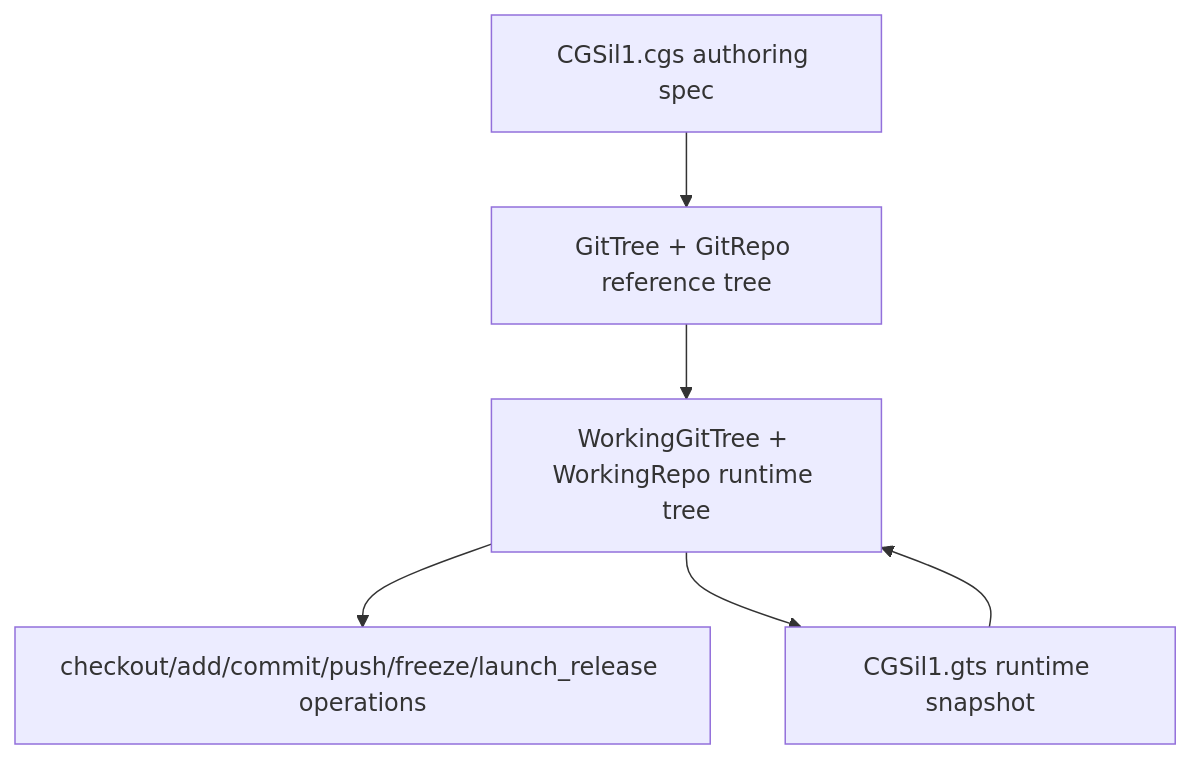
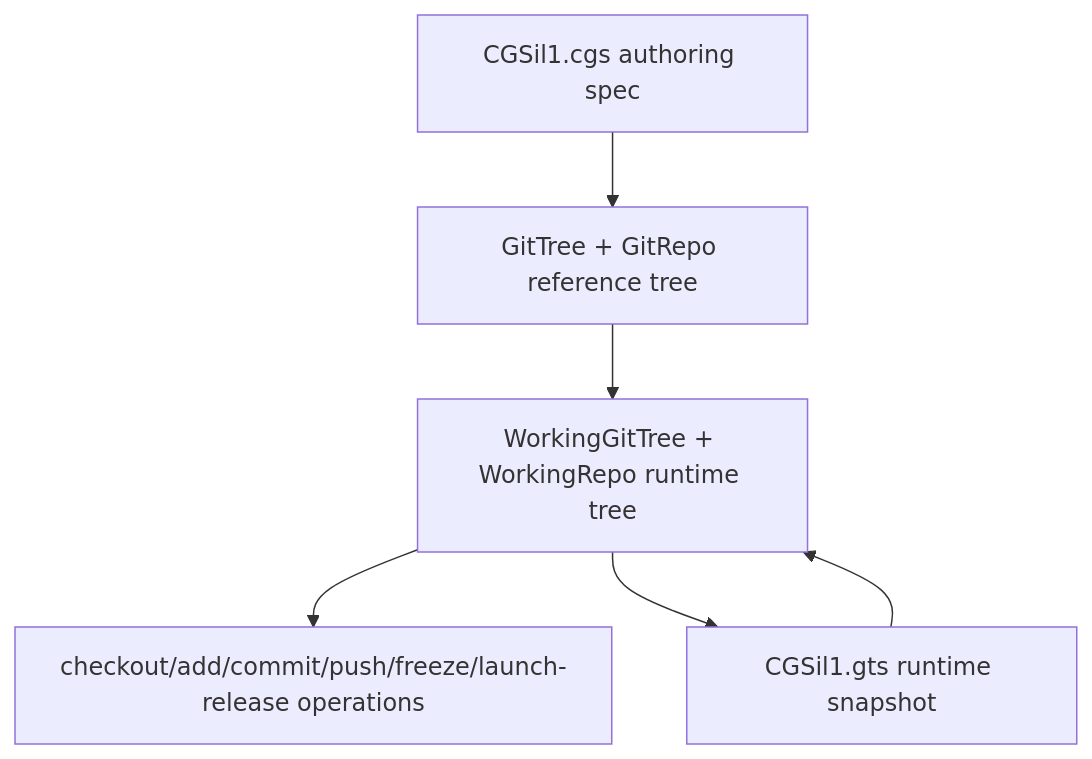
The diagram in docs/tutorial_cgsi1.md (flipoyo/ComplexGitSync), drawn with Mermaid before and after one commit. The commit also changed other lines of this file and 11 other files, not shown here.

Commit message:
ComplexiGSync v0002.01: 2 interface command types --> Minimalist initialise/clean-init status view-tree freeze-release/freeze-release-force & expert with the others

````diff
--- a/docs/tutorial_cgsi1.md
+++ b/docs/tutorial_cgsi1.md
@@ -32,8 +32,8 @@
 ```mermaid
 flowchart TD
     CGS[CGSil1.cgs authoring spec] --> REF[GitTree + GitRepo reference tree]
     REF --> WORK[WorkingGitTree + WorkingRepo runtime tree]
-    WORK --> OPS[checkout/add/commit/push/freeze/launch_release operations]
+    WORK --> OPS[checkout/add/commit/push/freeze/launch-release operations]
     WORK --> GTS[CGSil1.gts runtime snapshot]
     GTS --> WORK
 ```
````
